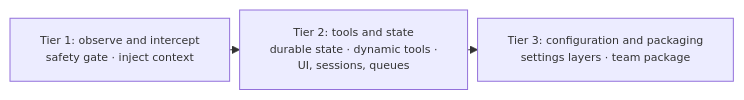
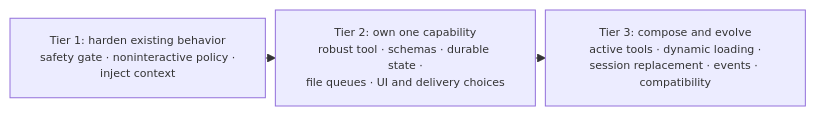
One commit to lukechen526/pi changed the first of 2 diagrams in developer-guide/08-extension-patterns.qmd. Above: the diagram before and after it, drawn with Mermaid. The commit also changed other lines of this file and 5 other files, not shown here.

````diff
--- a/developer-guide/08-extension-patterns.qmd
+++ b/developer-guide/08-extension-patterns.qmd
@@ -11,11 +17,11 @@
 ```{mermaid}
 %%| label: fig-pattern-tiers
 %%| fig-cap: "Chapter roadmap. Each tier builds on the previous one; stop at the smallest tier that solves your task."
 %%| fig-width: 5.8
 %%{init: {"flowchart": {"nodeSpacing": 10, "rankSpacing": 10}, "themeVariables": {"fontSize": "11px"}}}%%
 flowchart LR
-  T1["Tier 1: observe and intercept<br/>safety gate · inject context"]
-  T2["Tier 2: tools and state<br/>durable state · dynamic tools ·<br/>UI, sessions, queues"]
-  T3["Tier 3: configuration and packaging<br/>settings layers · team package"]
+  T1["Tier 1: harden existing behavior<br/>safety gate · noninteractive policy ·<br/>inject context"]
+  T2["Tier 2: own one capability<br/>robust tool · schemas · durable state ·<br/>file queues · UI and delivery choices"]
+  T3["Tier 3: compose and evolve<br/>active tools · dynamic loading ·<br/>session replacement · events · compatibility"]
   T1 --> T2 --> T3
 ```
````
